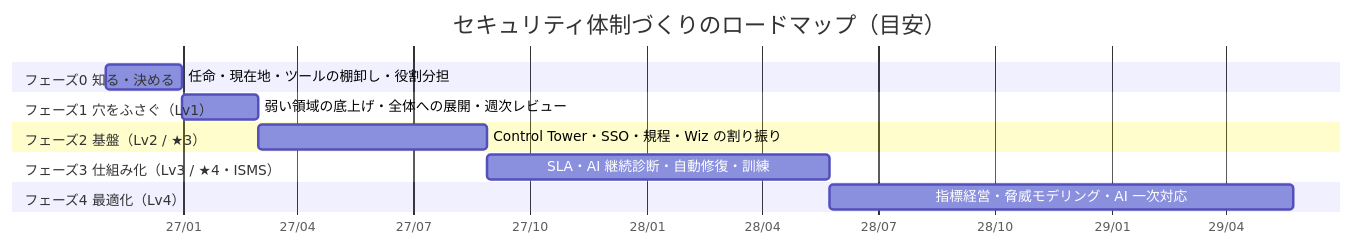
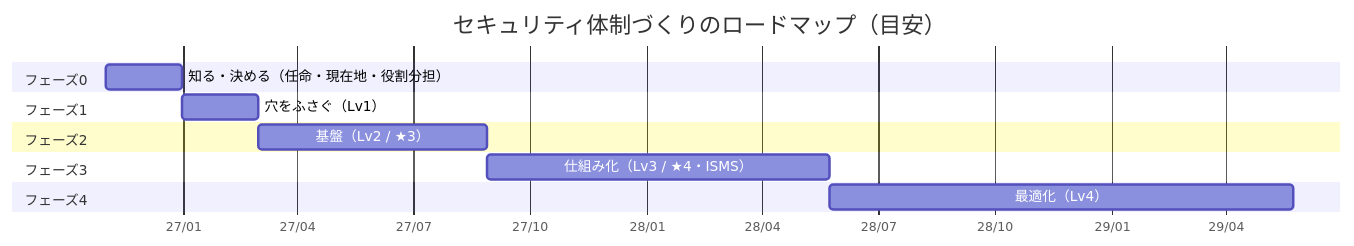
One commit to rkawajiri/zenn-content changed the first of 2 diagrams in books/security-roadmap-ja/15-roadmap.md. Above: the diagram before and after it, drawn with Mermaid. The commit also changed other lines of this file and 15 other files, not shown here.

Commit message:
renumber chapter references after restructure, rewrite intro tables, fix roadmap gantt labels

````diff
--- a/books/security-roadmap-ja/15-roadmap.md
+++ b/books/security-roadmap-ja/15-roadmap.md
@@ -19,16 +19,17 @@
 ```mermaid
 gantt
   title セキュリティ体制づくりのロードマップ（目安）
   dateFormat  YYYY-MM-DD
   axisFormat  %y/%m
-  section フェーズ0 知る・決める
-  任命・現在地・ツールの棚卸し・役割分担     :p0, 2026-11-01, 60d
-  section フェーズ1 穴をふさぐ（Lv1）
-  弱い領域の底上げ・全体への展開・週次レビュー :p1, after p0, 60d
-  section フェーズ2 基盤（Lv2 / ★3）
-  Control Tower・SSO・規程・Wiz の割り振り    :p2, after p1, 180d
-  section フェーズ3 仕組み化（Lv3 / ★4・ISMS）
-  SLA・AI 継続診断・自動修復・訓練           :p3, after p2, 270d
-  section フェーズ4 最適化（Lv4）
-  指標経営・脅威モデリング・AI 一次対応        :p4, after p3, 365d
+  todayMarker off
+  section フェーズ0
+  知る・決める（任命・現在地・役割分担）     :p0, 2026-11-01, 60d
+  section フェーズ1
+  穴をふさぐ（Lv1）                       :p1, after p0, 60d
+  section フェーズ2
+  基盤（Lv2 / ★3）                        :p2, after p1, 180d
+  section フェーズ3
+  仕組み化（Lv3 / ★4・ISMS）               :p3, after p2, 270d
+  section フェーズ4
+  最適化（Lv4）                           :p4, after p3, 365d
 ```
````
